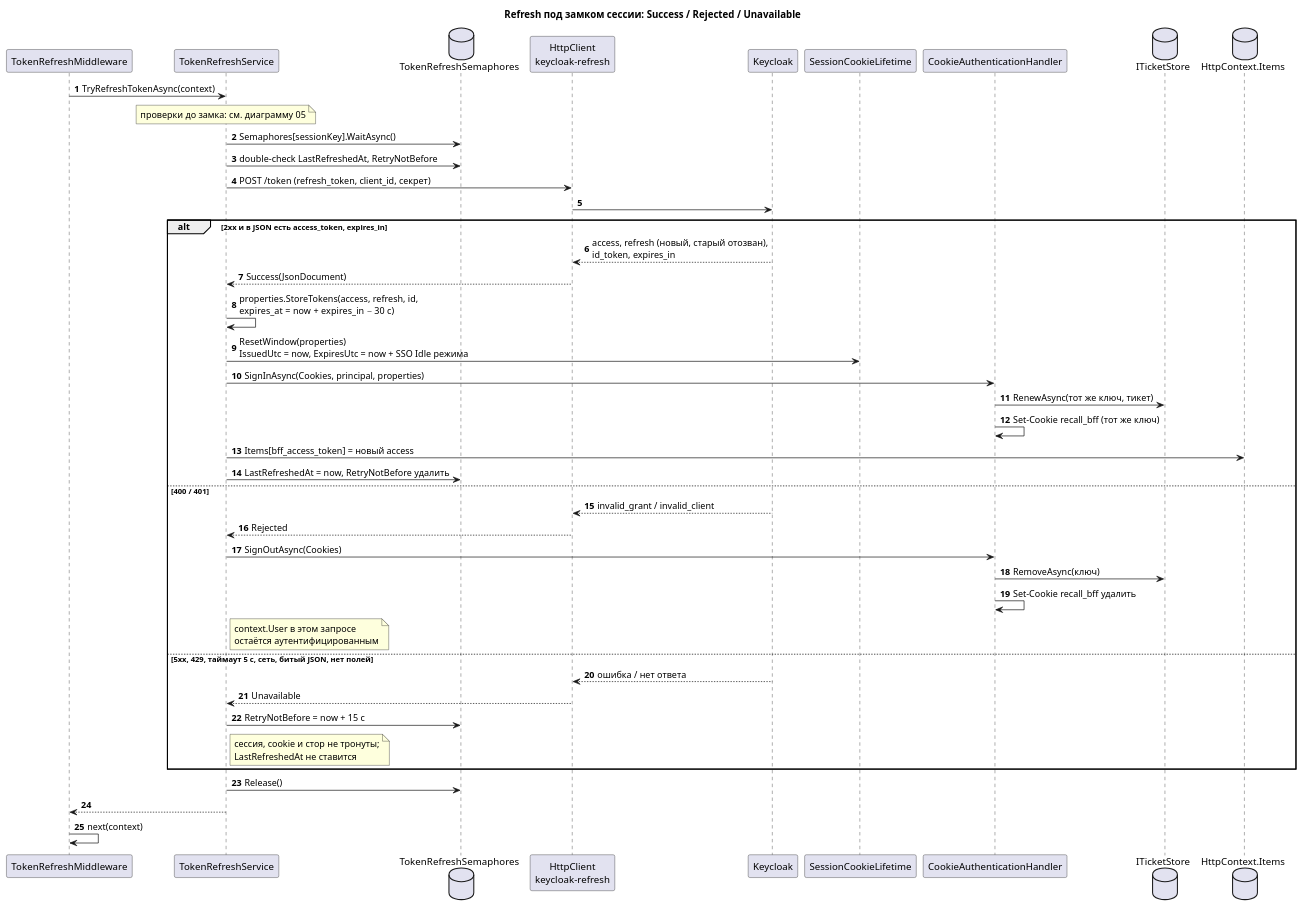
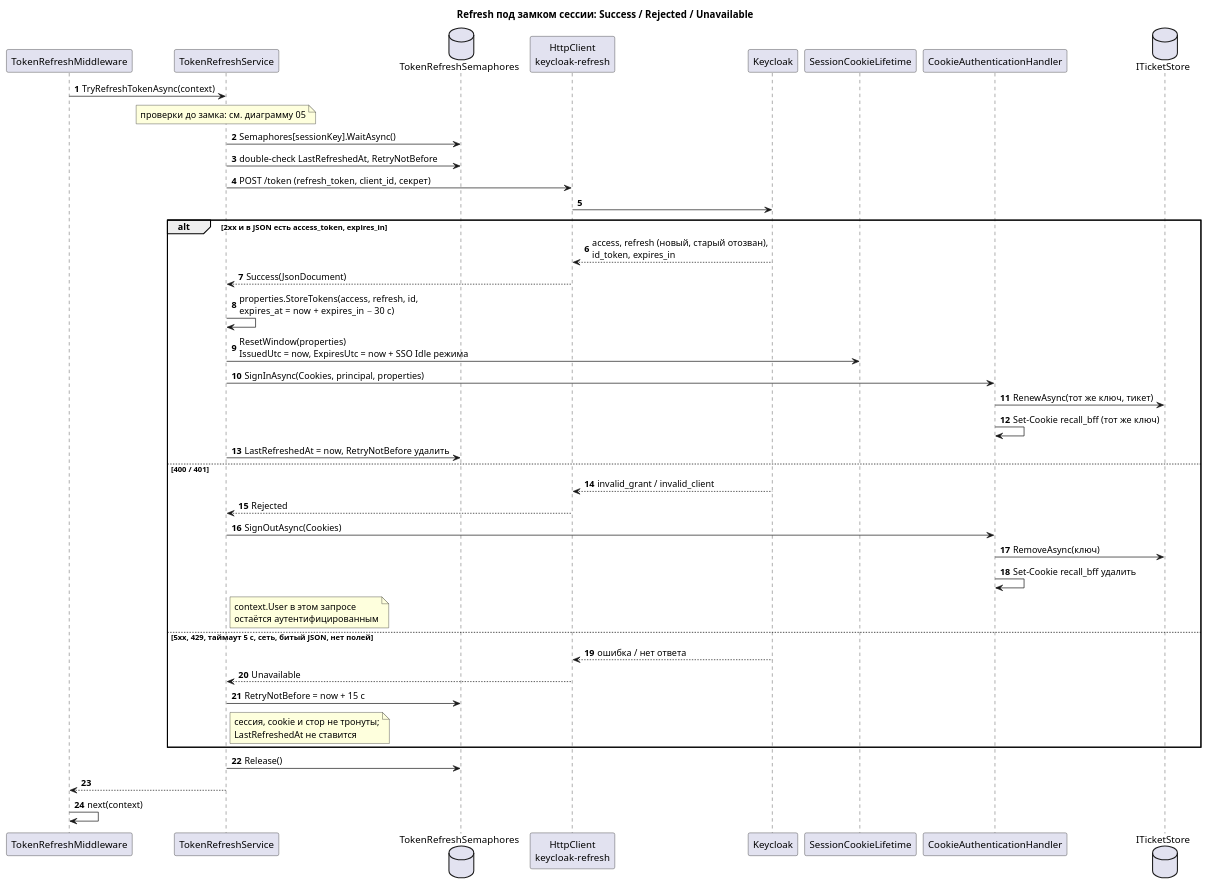
The diagram in RecallApp/docs/diagrams/bff-session - 06 refresh исходы.puml (itacademy-edms-team/24_3_DNDE), drawn with PlantUML before and after one commit. The commit also changed 4 other files, not shown here.

Commit message:
docs(bff): record Items bridge check and removal

```diff
--- a/RecallApp/docs/diagrams/bff-session - 06 refresh исходы.puml
+++ b/RecallApp/docs/diagrams/bff-session - 06 refresh исходы.puml
@@ -1,50 +1,48 @@
 @startuml bff-session-06-refresh-исходы
 title Refresh под замком сессии: Success / Rejected / Unavailable
 
 skinparam shadowing false
 autonumber
 
 participant "TokenRefreshMiddleware" as TR
 participant "TokenRefreshService" as T
 database "TokenRefreshSemaphores" as SM
 participant "HttpClient\nkeycloak-refresh" as H
 participant "Keycloak" as K
 participant "SessionCookieLifetime" as L
 participant "CookieAuthenticationHandler" as CH
 database "ITicketStore" as S
-database "HttpContext.Items" as I
 
 TR -> T : TryRefreshTokenAsync(context)
 note over T : проверки до замка: см. диаграмму 05
 T -> SM : Semaphores[sessionKey].WaitAsync()
 T -> SM : double-check LastRefreshedAt, RetryNotBefore
 T -> H : POST /token (refresh_token, client_id, секрет)
 H -> K
 alt 2xx и в JSON есть access_token, expires_in
   K --> H : access, refresh (новый, старый отозван),\nid_token, expires_in
   H --> T : Success(JsonDocument)
   T -> T : properties.StoreTokens(access, refresh, id,\nexpires_at = now + expires_in − 30 с)
   T -> L : ResetWindow(properties)\nIssuedUtc = now, ExpiresUtc = now + SSO Idle режима
   T -> CH : SignInAsync(Cookies, principal, properties)
   CH -> S : RenewAsync(тот же ключ, тикет)
   CH -> CH : Set-Cookie recall_bff (тот же ключ)
-  T -> I : Items[bff_access_token] = новый access
   T -> SM : LastRefreshedAt = now, RetryNotBefore удалить
 else 400 / 401
   K --> H : invalid_grant / invalid_client
   H --> T : Rejected
   T -> CH : SignOutAsync(Cookies)
   CH -> S : RemoveAsync(ключ)
   CH -> CH : Set-Cookie recall_bff удалить
   note right of T : context.User в этом запросе\nостаётся аутентифицированным
 else 5xx, 429, таймаут 5 с, сеть, битый JSON, нет полей
   K --> H : ошибка / нет ответа
   H --> T : Unavailable
   T -> SM : RetryNotBefore = now + 15 с
   note right of T : сессия, cookie и стор не тронуты;\nLastRefreshedAt не ставится
 end
 T -> SM : Release()
 T --> TR
 TR -> TR : next(context)
 
 @enduml
```
